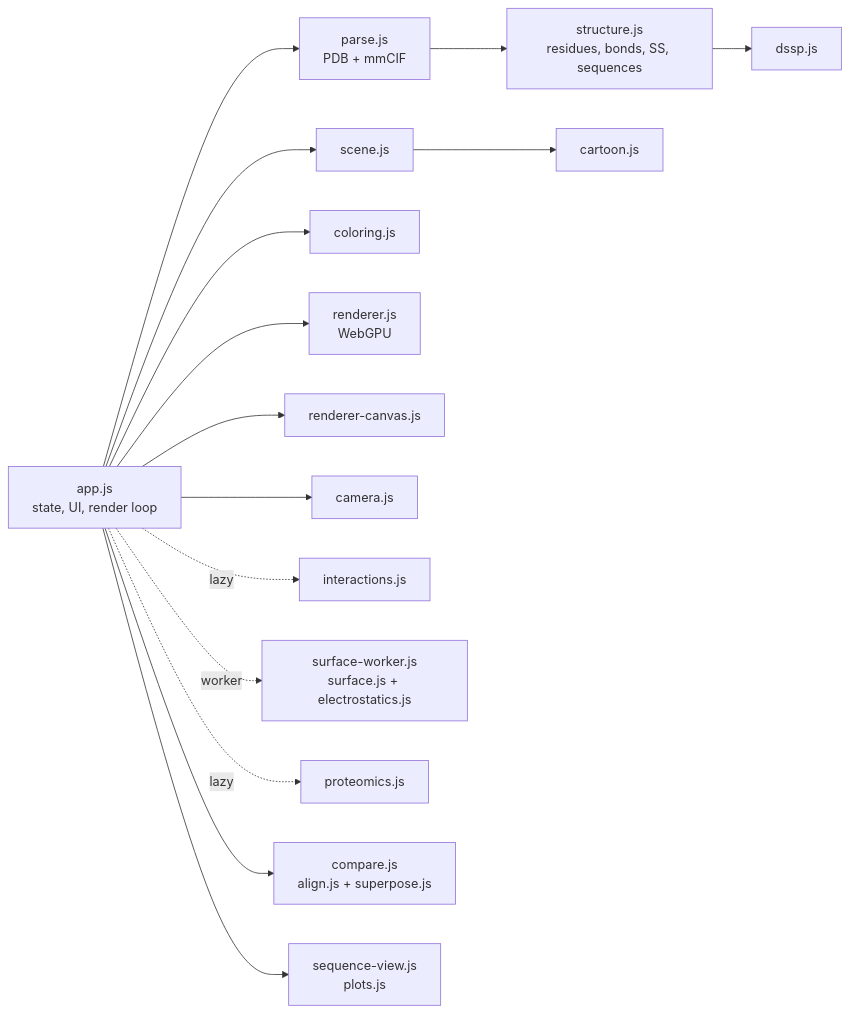
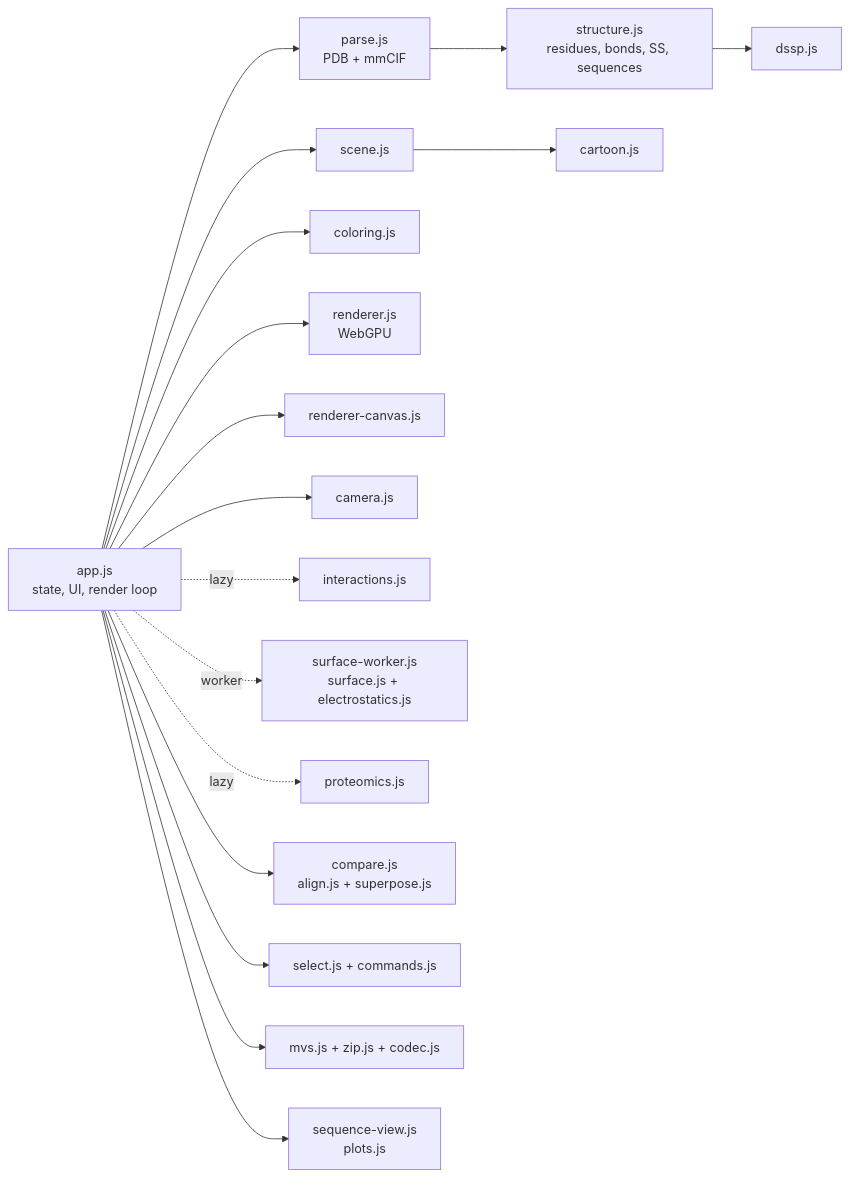
Before and after one commit to robert-mcdermott/proteoscope: the second of 3 diagrams in proteoscope-spec/design.md, drawn with Mermaid. The commit also changed other lines of this file and 24 other files, not shown here.

````diff
--- a/proteoscope-spec/design.md
+++ b/proteoscope-spec/design.md
@@ -62,30 +62,34 @@
 ```mermaid
 graph LR
     App[app.js<br/>state, UI, render loop]
     Parse[parse.js<br/>PDB + mmCIF]
     Structure[structure.js<br/>residues, bonds, SS, sequences]
     DSSP[dssp.js]
     Cartoon[cartoon.js]
     Scene[scene.js]
     Color[coloring.js]
     Renderer[renderer.js<br/>WebGPU]
     Canvas[renderer-canvas.js]
     Camera[camera.js]
     Interactions[interactions.js]
     Surface[surface-worker.js<br/>surface.js + electrostatics.js]
     Proteomics[proteomics.js]
     Compare[compare.js<br/>align.js + superpose.js]
+    Select[select.js + commands.js]
+    Share[mvs.js + zip.js + codec.js]
     Views[sequence-view.js<br/>plots.js]
 
     App --> Parse --> Structure --> DSSP
     App --> Scene --> Cartoon
     App --> Color
     App --> Renderer
     App --> Canvas
     App --> Camera
     App -. lazy .-> Interactions
     App -. worker .-> Surface
     App -. lazy .-> Proteomics
     App --> Compare
+    App --> Select
+    App --> Share
     App --> Views
 ```
````
